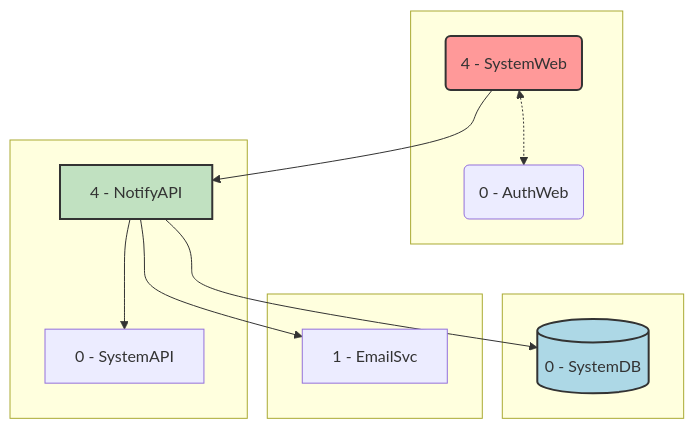
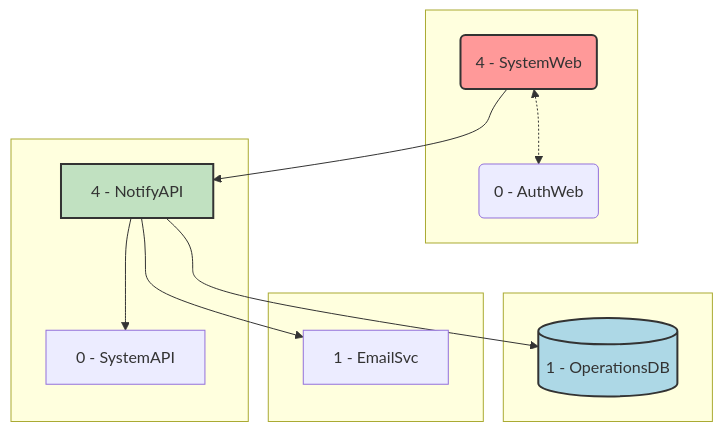
The first of 2 diagrams in profile/2-design/4_4-notification-system.domain.md (AstroBookings/.github), drawn with Mermaid before and after one commit. The commit also changed other lines of this file and 2 other files, not shown here.

Commit message:
feat; notification system domain

````diff
--- a/profile/2-design/4_4-notification-system.domain.md
+++ b/profile/2-design/4_4-notification-system.domain.md
@@ -59,44 +59,44 @@
 ```mermaid
 graph TD
     subgraph WebApplications[ ]
         AuthWeb(0 - AuthWeb)
         SystemWeb(4 - SystemWeb)
     end
 
     subgraph APIServices[ ]
         SystemAPI[0 - SystemAPI]
         NotifyAPI[4 - NotifyAPI]
     end
 
     subgraph Databases[ ]
-        SystemDB[(0 - SystemDB)]
+        OperationsDB[(1 - OperationsDB)]
     end
 
     subgraph ExternalServices[ ]
         EmailSvc[1 - EmailSvc]
     end
 
     %% Web to Web connections
     SystemWeb <-.-> AuthWeb
 
     %% Web to API connections
     SystemWeb --> NotifyAPI
 
     %% API to API connections
     NotifyAPI --> SystemAPI
 
     %% API to Database connections
-    NotifyAPI --> SystemDB
+    NotifyAPI --> OperationsDB
 
     %% API to External Service connections
     NotifyAPI --> EmailSvc
 
     %% Style
     classDef web fill:#FF9999,stroke:#333,stroke-width:2px;
     classDef api fill:#C1E1C1,stroke:#333,stroke-width:2px;
     classDef db fill:#ADD8E6,stroke:#333,stroke-width:2px;
     classDef ext fill:#E6E6FA,stroke:#333,stroke-width:2px;
     class SystemWeb web;
     class NotifyAPI api;
-    class SystemDB db;
+    class OperationsDB db;
 ```
````
